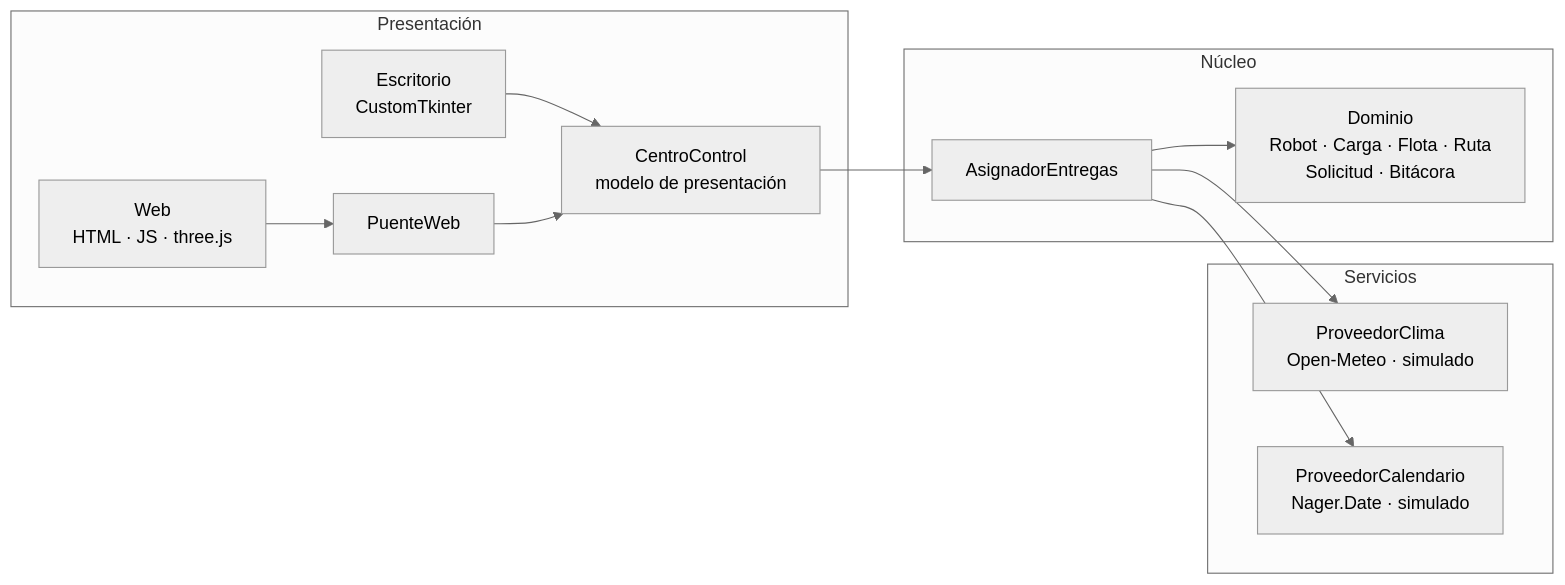
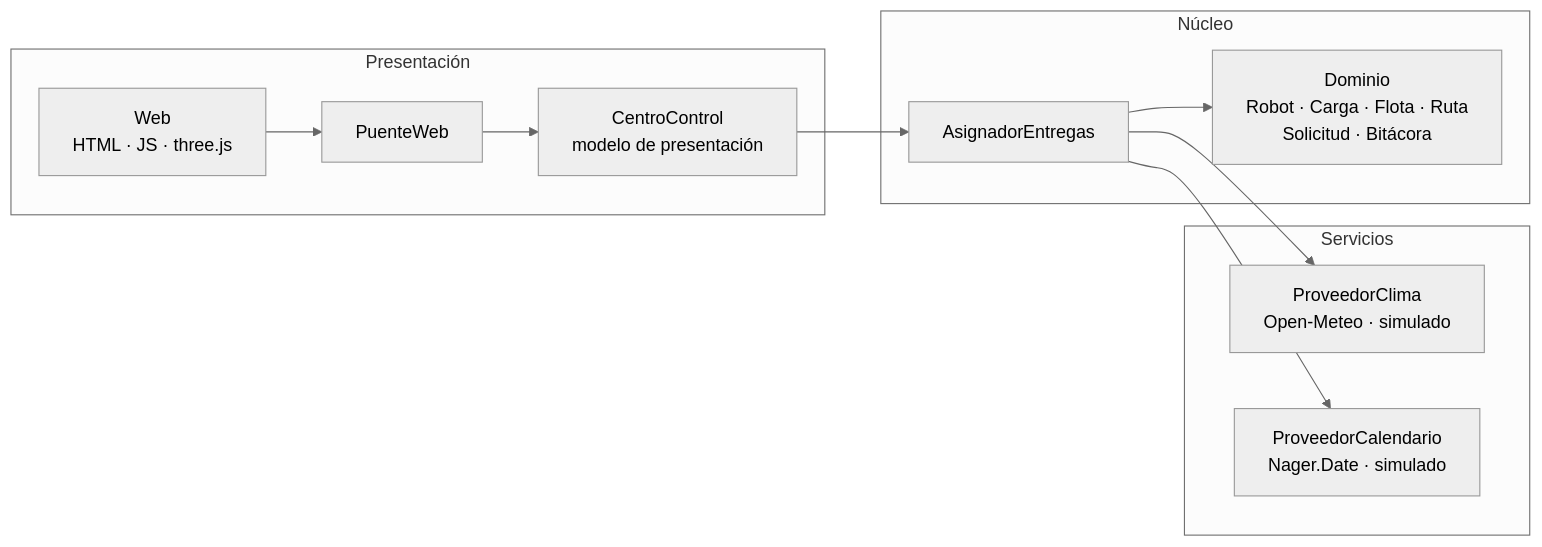
Before and after one commit to gtorresc/proyecto-poo: the diagram in README.md, drawn with Mermaid (neutral theme). The commit also changed other lines of this file and 1 other file, not shown here.

````diff
--- a/README.md
+++ b/README.md
@@ -145,22 +141,20 @@
 ```mermaid
 flowchart LR
     subgraph Presentación
-        TK["Escritorio<br>CustomTkinter"]
         WEB["Web<br>HTML · JS · three.js"]
         PUENTE["PuenteWeb"]
         CC["CentroControl<br>modelo de presentación"]
     end
     subgraph Núcleo
         AS["AsignadorEntregas"]
         DOM["Dominio<br>Robot · Carga · Flota · Ruta<br>Solicitud · Bitácora"]
     end
     subgraph Servicios
         CLIMA["ProveedorClima<br>Open-Meteo · simulado"]
         CAL["ProveedorCalendario<br>Nager.Date · simulado"]
     end
-    TK --> CC
     WEB --> PUENTE --> CC
     CC --> AS --> DOM
     AS --> CLIMA
     AS --> CAL
 ```
````
